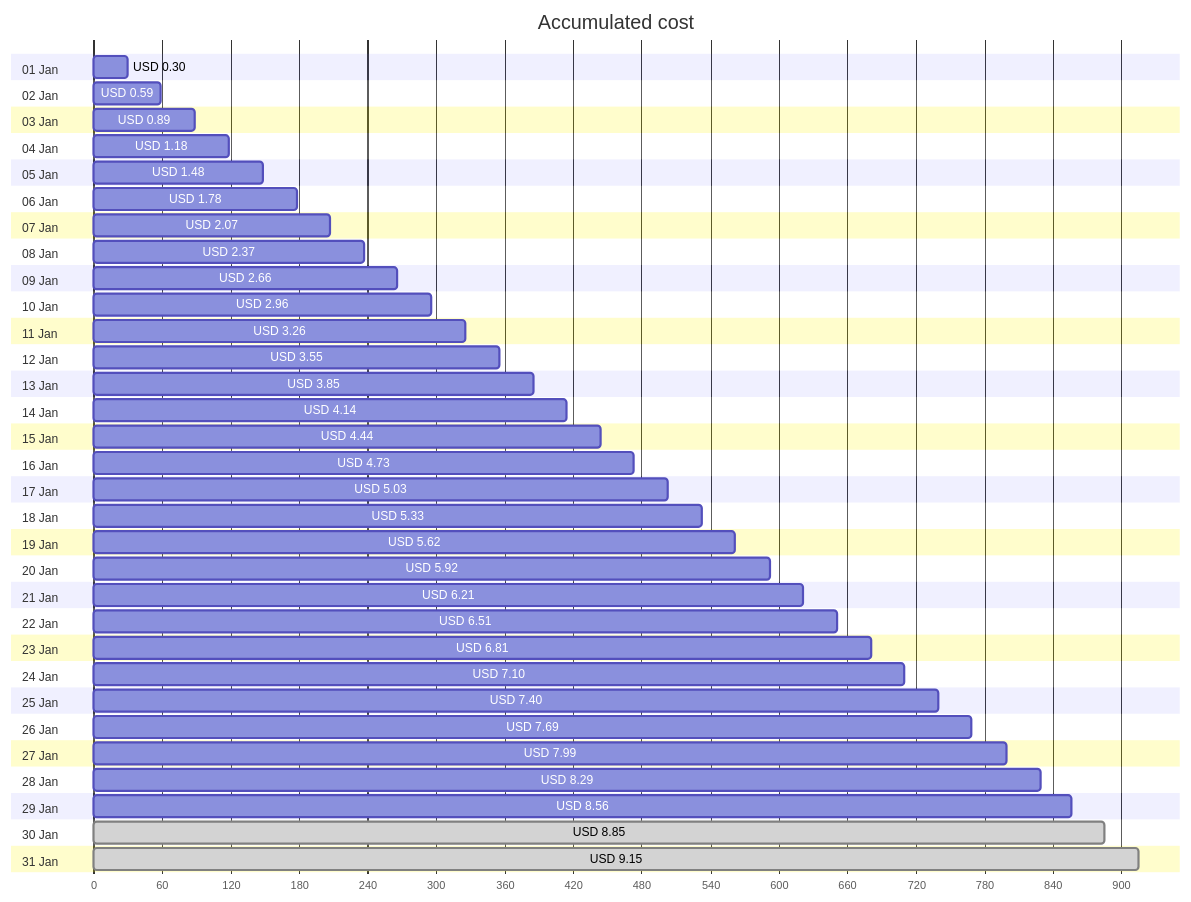
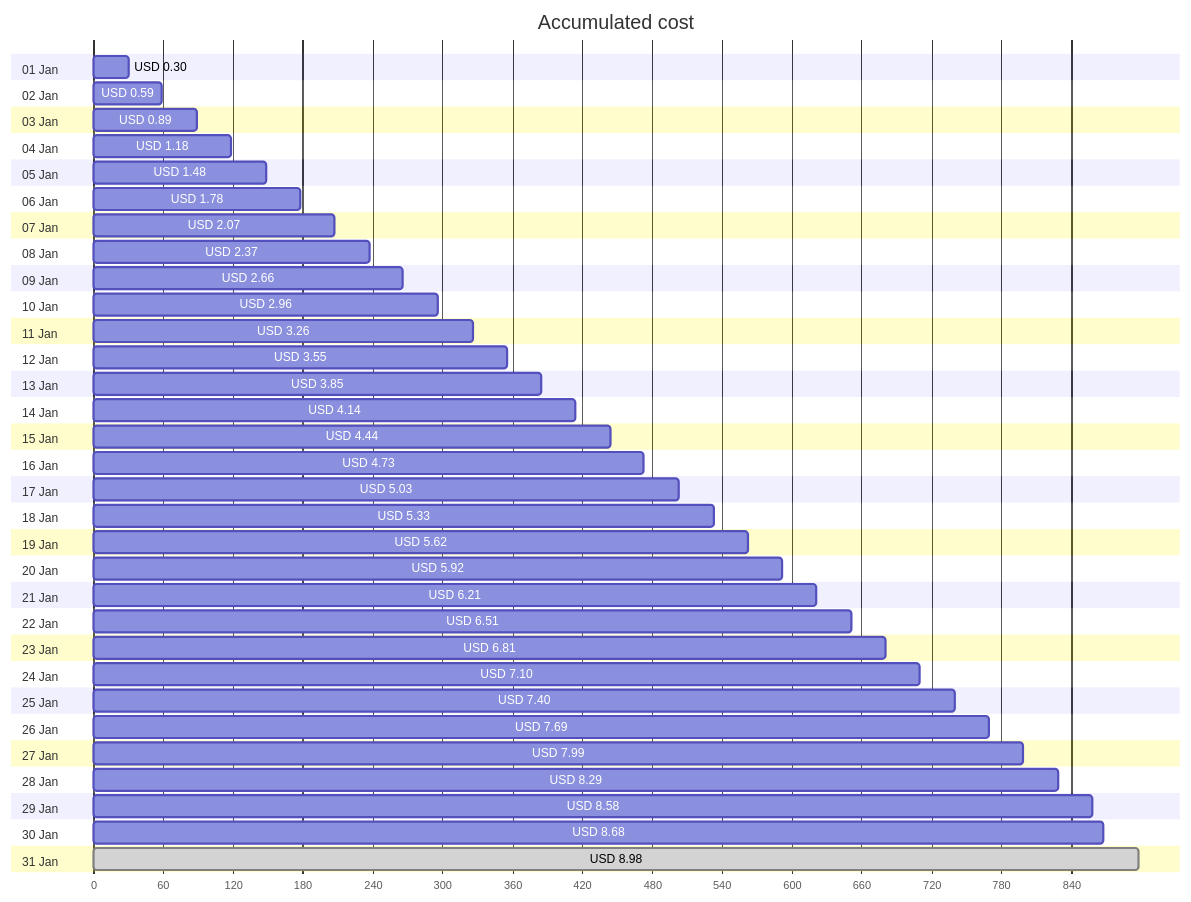
One commit to jpfulton/azure-personal-reports changed the first of 4 diagrams in cost-reports/personal-site/personal-site-preview.md. Above: the diagram before and after it, drawn with Mermaid. The commit also changed other lines of this file and 6 other files, not shown here.

````diff
--- a/cost-reports/personal-site/personal-site-preview.md
+++ b/cost-reports/personal-site/personal-site-preview.md
@@ -20,68 +20,68 @@
 ```mermaid
 gantt
    title Accumulated cost
    dateFormat  X
    axisFormat %s
    section 01 Jan
    USD 0.30 :0, 30
    section 02 Jan
    USD 0.59 :0, 59
    section 03 Jan
    USD 0.89 :0, 89
    section 04 Jan
    USD 1.18 :0, 118
    section 05 Jan
    USD 1.48 :0, 148
    section 06 Jan
    USD 1.78 :0, 178
    section 07 Jan
    USD 2.07 :0, 207
    section 08 Jan
    USD 2.37 :0, 237
    section 09 Jan
    USD 2.66 :0, 266
    section 10 Jan
    USD 2.96 :0, 296
    section 11 Jan
    USD 3.26 :0, 326
    section 12 Jan
    USD 3.55 :0, 355
    section 13 Jan
    USD 3.85 :0, 385
    section 14 Jan
    USD 4.14 :0, 414
    section 15 Jan
    USD 4.44 :0, 444
    section 16 Jan
    USD 4.73 :0, 473
    section 17 Jan
    USD 5.03 :0, 503
    section 18 Jan
    USD 5.33 :0, 533
    section 19 Jan
    USD 5.62 :0, 562
    section 20 Jan
    USD 5.92 :0, 592
    section 21 Jan
    USD 6.21 :0, 621
    section 22 Jan
    USD 6.51 :0, 651
    section 23 Jan
    USD 6.81 :0, 681
    section 24 Jan
    USD 7.10 :0, 710
    section 25 Jan
    USD 7.40 :0, 740
    section 26 Jan
    USD 7.69 :0, 769
    section 27 Jan
    USD 7.99 :0, 799
    section 28 Jan
    USD 8.29 :0, 829
    section 29 Jan
-   USD 8.56 :0, 856
+   USD 8.58 :0, 858
    section 30 Jan
-   USD 8.85 : done, 0, 885
+   USD 8.68 :0, 868
    section 31 Jan
-   USD 9.15 : done, 0, 915
+   USD 8.98 : done, 0, 898
 ```
````
